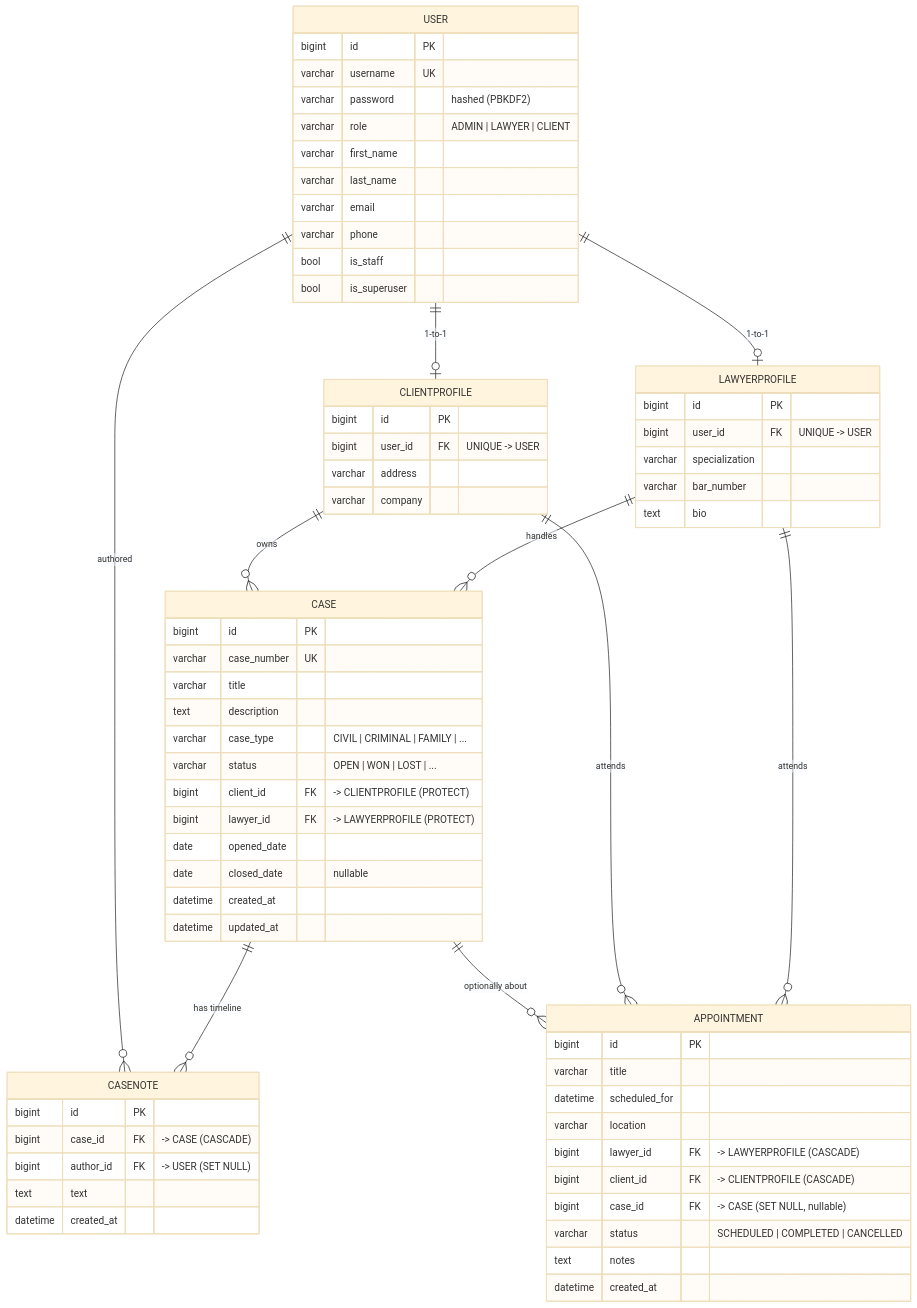
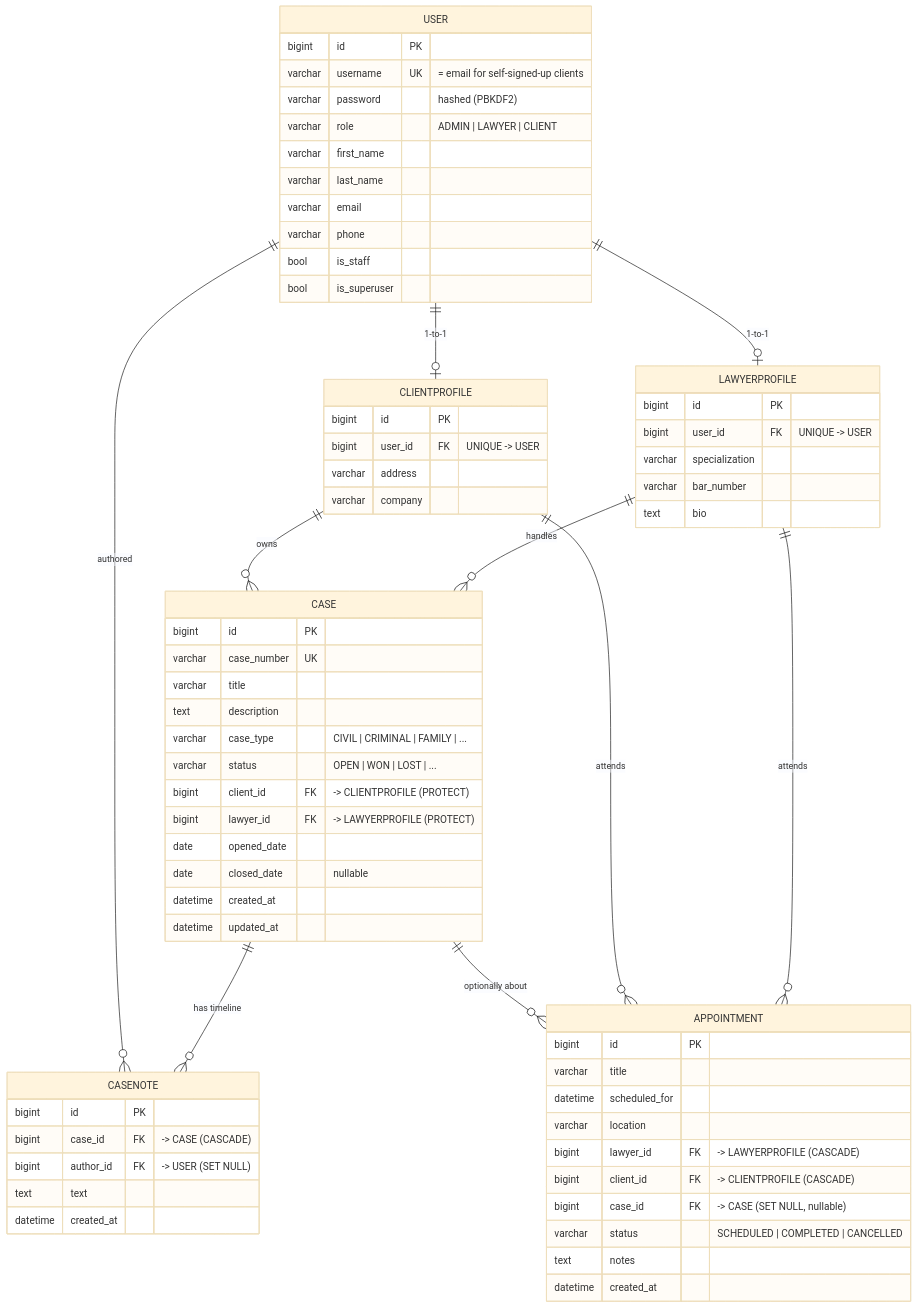
The diagram in README.md (KanishkSigar/Legal-Cases-Management-System), drawn with Mermaid (base theme) before and after one commit. The commit also changed other lines of this file, not shown here.

````diff
--- a/README.md
+++ b/README.md
@@ -76,71 +115,71 @@
 ```mermaid
 erDiagram
     USER ||--o| LAWYERPROFILE : "1-to-1"
     USER ||--o| CLIENTPROFILE : "1-to-1"
     LAWYERPROFILE ||--o{ CASE : "handles"
     CLIENTPROFILE ||--o{ CASE : "owns"
     CASE ||--o{ CASENOTE : "has timeline"
     LAWYERPROFILE ||--o{ APPOINTMENT : "attends"
     CLIENTPROFILE ||--o{ APPOINTMENT : "attends"
     CASE ||--o{ APPOINTMENT : "optionally about"
     USER ||--o{ CASENOTE : "authored"
 
     USER {
         bigint id PK
-        varchar username UK
+        varchar username UK "= email for self-signed-up clients"
         varchar password "hashed (PBKDF2)"
         varchar role "ADMIN | LAWYER | CLIENT"
         varchar first_name
         varchar last_name
         varchar email
         varchar phone
         bool is_staff
         bool is_superuser
     }
     LAWYERPROFILE {
         bigint id PK
         bigint user_id FK "UNIQUE -> USER"
         varchar specialization
         varchar bar_number
         text bio
     }
     CLIENTPROFILE {
         bigint id PK
         bigint user_id FK "UNIQUE -> USER"
         varchar address
         varchar company
     }
     CASE {
         bigint id PK
         varchar case_number UK
         varchar title
         text description
         varchar case_type "CIVIL | CRIMINAL | FAMILY | ..."
         varchar status "OPEN | WON | LOST | ..."
         bigint client_id FK "-> CLIENTPROFILE (PROTECT)"
         bigint lawyer_id FK "-> LAWYERPROFILE (PROTECT)"
         date opened_date
         date closed_date "nullable"
         datetime created_at
         datetime updated_at
     }
     CASENOTE {
         bigint id PK
         bigint case_id FK "-> CASE (CASCADE)"
         bigint author_id FK "-> USER (SET NULL)"
         text text
         datetime created_at
     }
     APPOINTMENT {
         bigint id PK
         varchar title
         datetime scheduled_for
         varchar location
         bigint lawyer_id FK "-> LAWYERPROFILE (CASCADE)"
         bigint client_id FK "-> CLIENTPROFILE (CASCADE)"
         bigint case_id FK "-> CASE (SET NULL, nullable)"
         varchar status "SCHEDULED | COMPLETED | CANCELLED"
         text notes
         datetime created_at
     }
 ```
````
